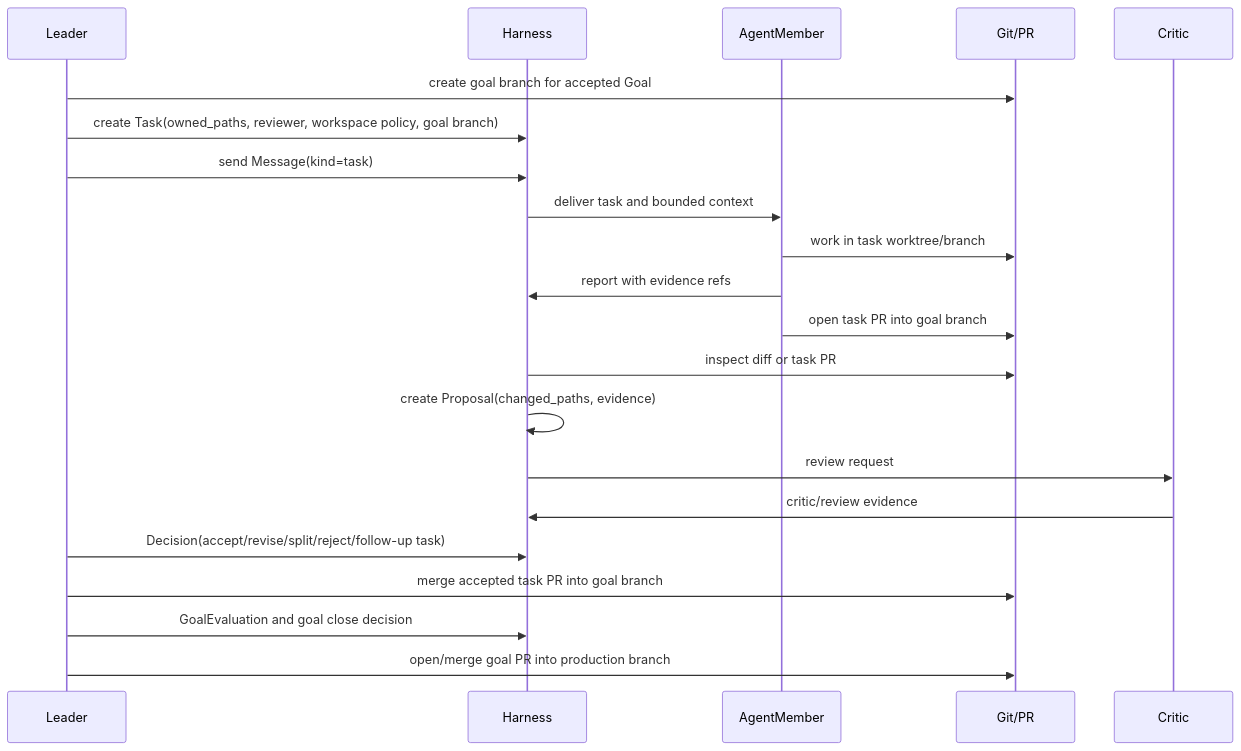
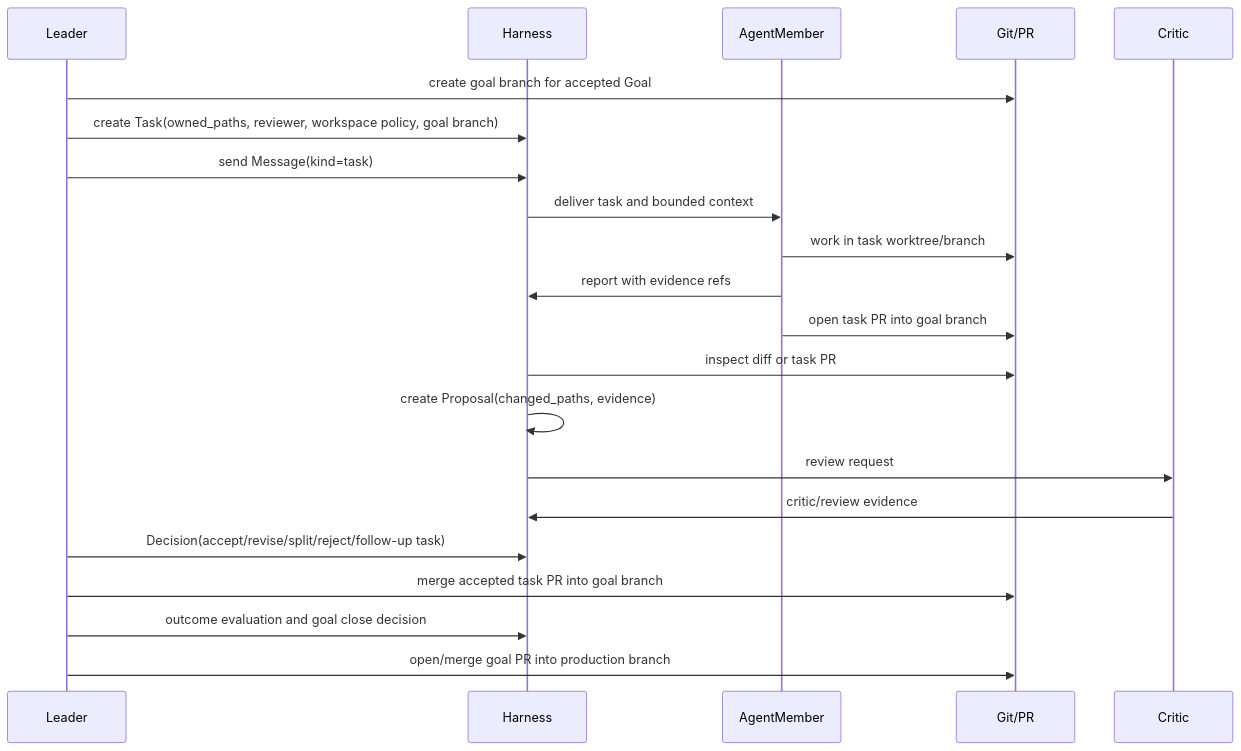
Before and after one commit to cyl19970726/multi-agent-harness: the diagram in docs/workflow-git-pr.md, drawn with Mermaid. The commit also changed other lines of this file and 485 other files, not shown here.

````diff
--- a/docs/workflow-git-pr.md
+++ b/docs/workflow-git-pr.md
@@ -106,24 +106,24 @@
 ```mermaid
 sequenceDiagram
   participant L as Leader
   participant H as Harness
   participant A as AgentMember
   participant G as Git/PR
   participant C as Critic
 
   L->>G: create goal branch for accepted Goal
   L->>H: create Task(owned_paths, reviewer, workspace policy, goal branch)
   L->>H: send Message(kind=task)
   H->>A: deliver task and bounded context
   A->>G: work in task worktree/branch
   A->>H: report with evidence refs
   A->>G: open task PR into goal branch
   H->>G: inspect diff or task PR
   H->>H: create Proposal(changed_paths, evidence)
   H->>C: review request
   C->>H: critic/review evidence
   L->>H: Decision(accept/revise/split/reject/follow-up task)
   L->>G: merge accepted task PR into goal branch
-  L->>H: GoalEvaluation and goal close decision
+  L->>H: outcome evaluation and goal close decision
   L->>G: open/merge goal PR into production branch
 ```
````
